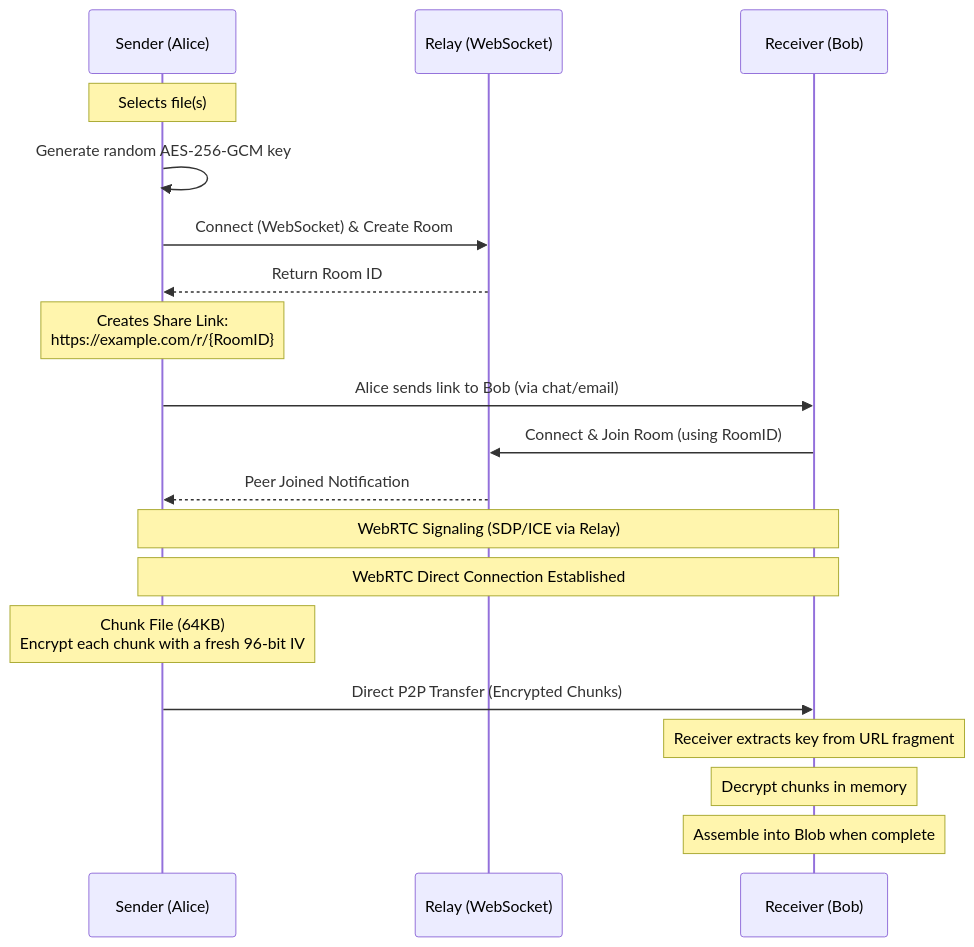
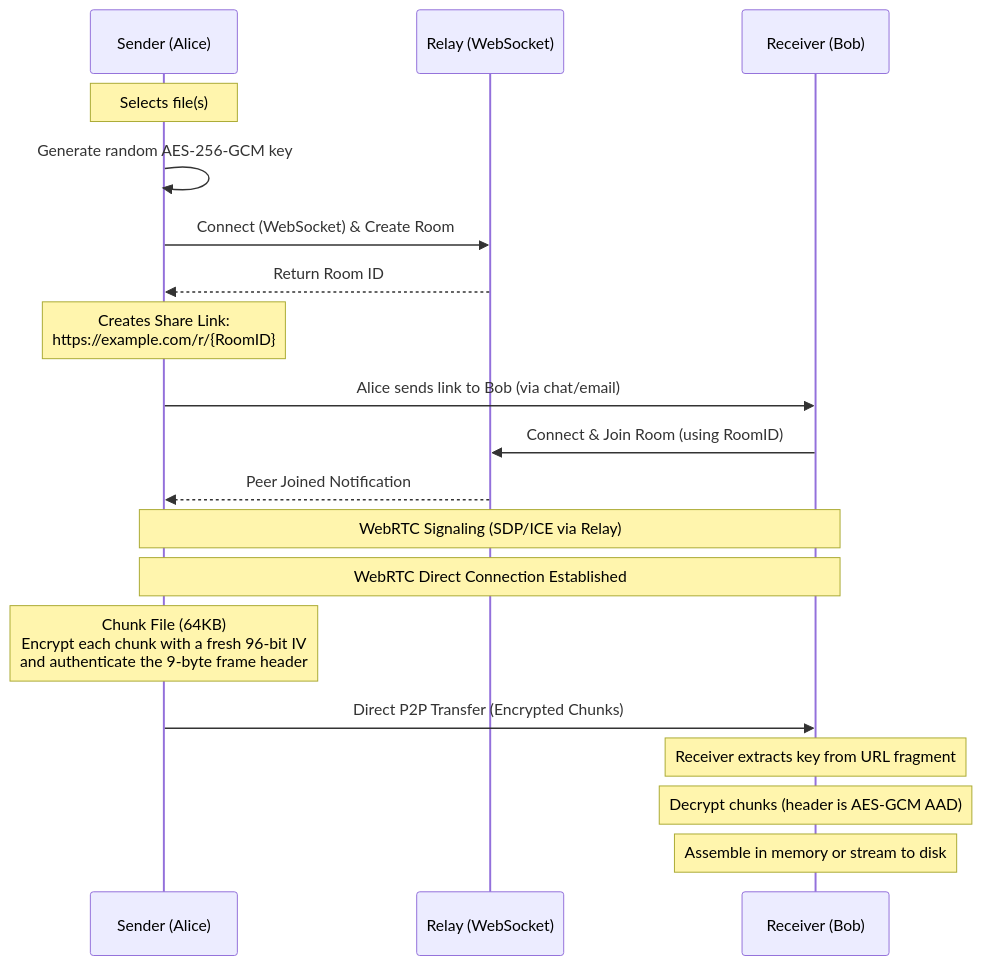
Before and after one commit to itsoumya-d/peervault: the diagram in README.md, drawn with Mermaid. The commit also changed other lines of this file and 13 other files, not shown here.

Commit message:
feat: AAD-authenticated headers and streaming disk assembly

````diff
--- a/README.md
+++ b/README.md
@@ -68,26 +68,26 @@
 ```mermaid
 sequenceDiagram
     participant S as Sender (Alice)
     participant R as Relay (WebSocket)
     participant C as Receiver (Bob)
 
     Note over S: Selects file(s)
     S->>S: Generate random AES-256-GCM key
     S->>R: Connect (WebSocket) & Create Room
     R-->>S: Return Room ID
     Note over S: Creates Share Link:<br/>https://example.com/r/{RoomID}#{AESKey}
 
     S->>C: Alice sends link to Bob (via chat/email)
     C->>R: Connect & Join Room (using RoomID)
     R-->>S: Peer Joined Notification
 
     Note over S,C: WebRTC Signaling (SDP/ICE via Relay)
     Note over S,C: WebRTC Direct Connection Established
 
-    Note over S: Chunk File (64KB)<br/>Encrypt each chunk with a fresh 96-bit IV
+    Note over S: Chunk File (64KB)<br/>Encrypt each chunk with a fresh 96-bit IV<br/>and authenticate the 9-byte frame header
     S->>C: Direct P2P Transfer (Encrypted Chunks)
 
     Note over C: Receiver extracts key from URL fragment
-    Note over C: Decrypt chunks in memory
-    Note over C: Assemble into Blob when complete
+    Note over C: Decrypt chunks (header is AES-GCM AAD)
+    Note over C: Assemble in memory or stream to disk
 ```
````
